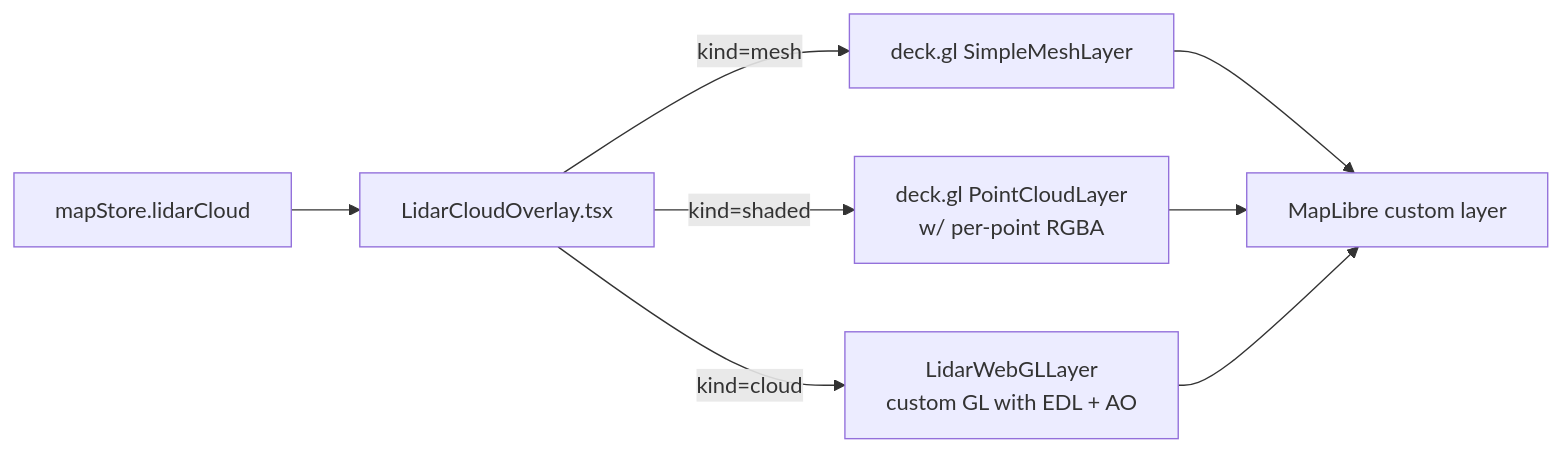
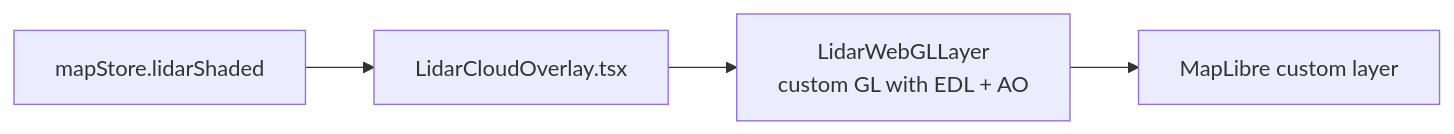
Before and after one commit to Plonk42/open-cairn: the eighth of 8 diagrams in docs/LIDAR_PIPELINE.md, drawn with Mermaid. The commit also changed other lines of this file and 19 other files, not shown here.

First line of the commit message:
refactor(lidar): simplify to browser-only pipeline with shaded/mixed modes

````diff
--- a/docs/LIDAR_PIPELINE.md
+++ b/docs/LIDAR_PIPELINE.md
@@ -229,10 +213,6 @@
 ```mermaid
 flowchart LR
-    Store[mapStore.lidarCloud] --> OV[LidarCloudOverlay.tsx]
-    OV -->|kind=mesh| DM[deck.gl SimpleMeshLayer]
-    OV -->|kind=shaded| DP[deck.gl PointCloudLayer<br/>w/ per-point RGBA]
-    OV -->|kind=cloud| LWG[LidarWebGLLayer<br/>custom GL with EDL + AO]
-    DM --> MAP[MapLibre custom layer]
-    DP --> MAP
-    LWG --> MAP
+    Store[mapStore.lidarShaded] --> OV[LidarCloudOverlay.tsx]
+    OV --> LWG[LidarWebGLLayer<br/>custom GL with EDL + AO]
+    LWG --> MAP[MapLibre custom layer]
 ```
````
